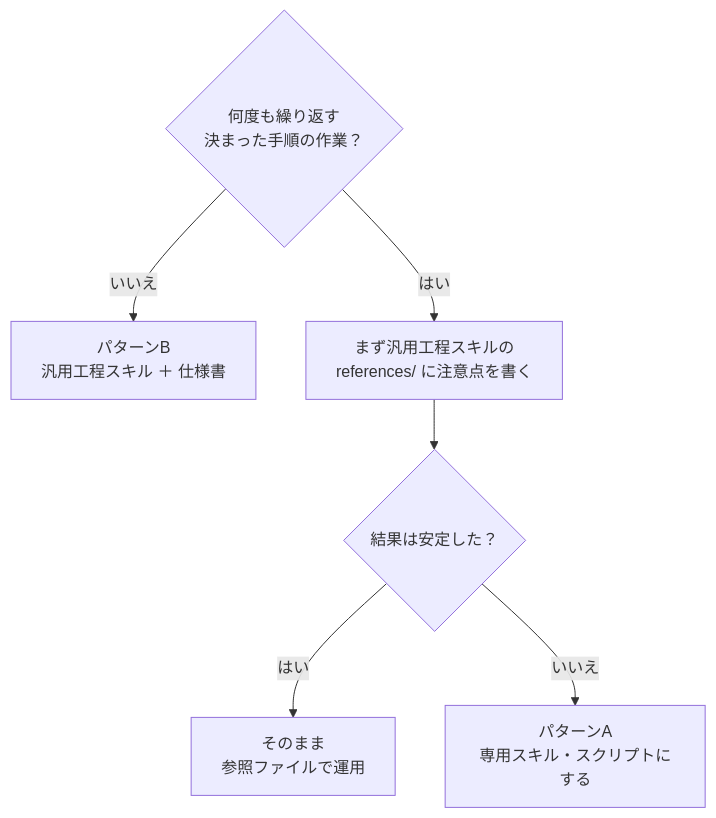
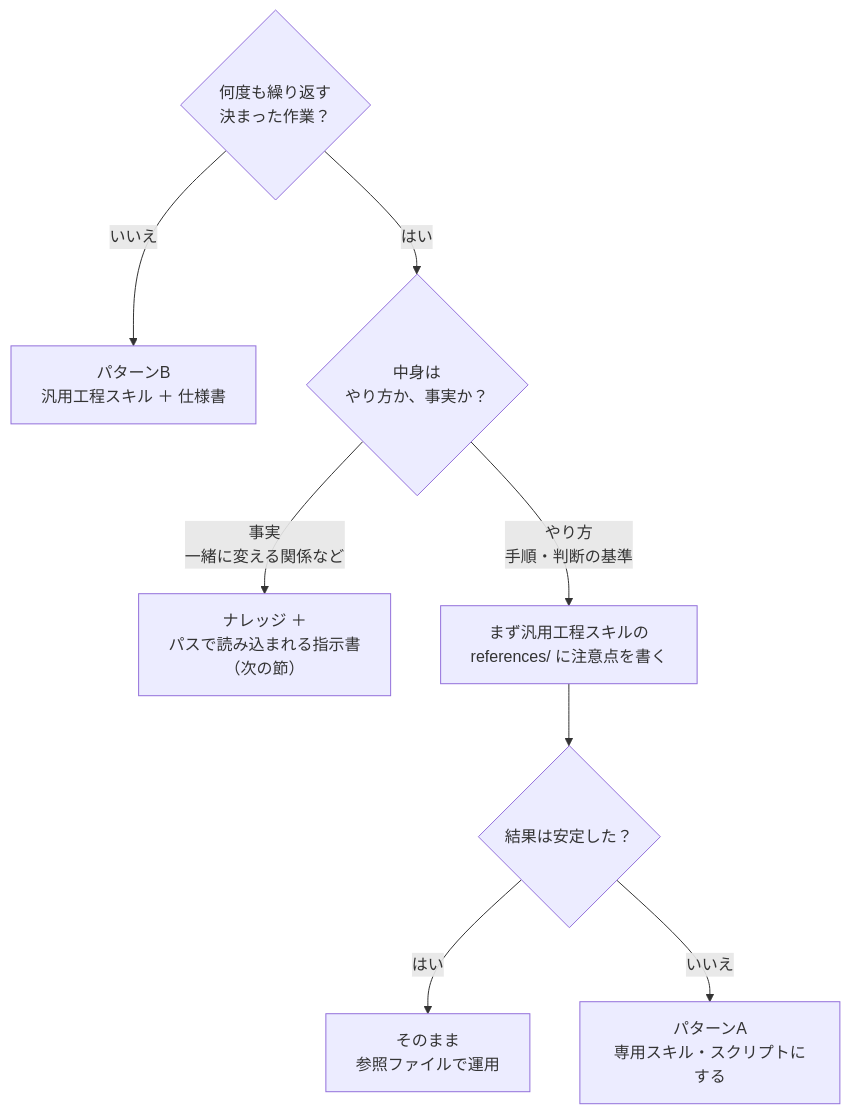
The second of 3 diagrams in public/AIに知見を注入する方法.md (tsuna44/QiitaDocs), drawn with Mermaid before and after one commit. The commit also changed other lines of this file, not shown here.

````diff
--- a/public/AIに知見を注入する方法.md
+++ b/public/AIに知見を注入する方法.md
@@ -387,8 +389,10 @@
 ```mermaid
 flowchart TD
-    Q1{何度も繰り返す<br/>決まった手順の作業？} -->|いいえ| B[パターンB<br/>汎用工程スキル ＋ 仕様書]
-    Q1 -->|はい| R[まず汎用工程スキルの<br/>references/ に注意点を書く]
+    Q1{何度も繰り返す<br/>決まった作業？} -->|いいえ| B[パターンB<br/>汎用工程スキル ＋ 仕様書]
+    Q1 -->|はい| Q0{中身は<br/>やり方か、事実か？}
+    Q0 -->|事実<br/>一緒に変える関係など| K[ナレッジ ＋<br/>パスで読み込まれる指示書<br/>（次の節）]
+    Q0 -->|やり方<br/>手順・判断の基準| R[まず汎用工程スキルの<br/>references/ に注意点を書く]
     R --> Q2{結果は安定した？}
     Q2 -->|はい| B2[そのまま<br/>参照ファイルで運用]
     Q2 -->|いいえ| A[パターンA<br/>専用スキル・スクリプトにする]
 ```
````
